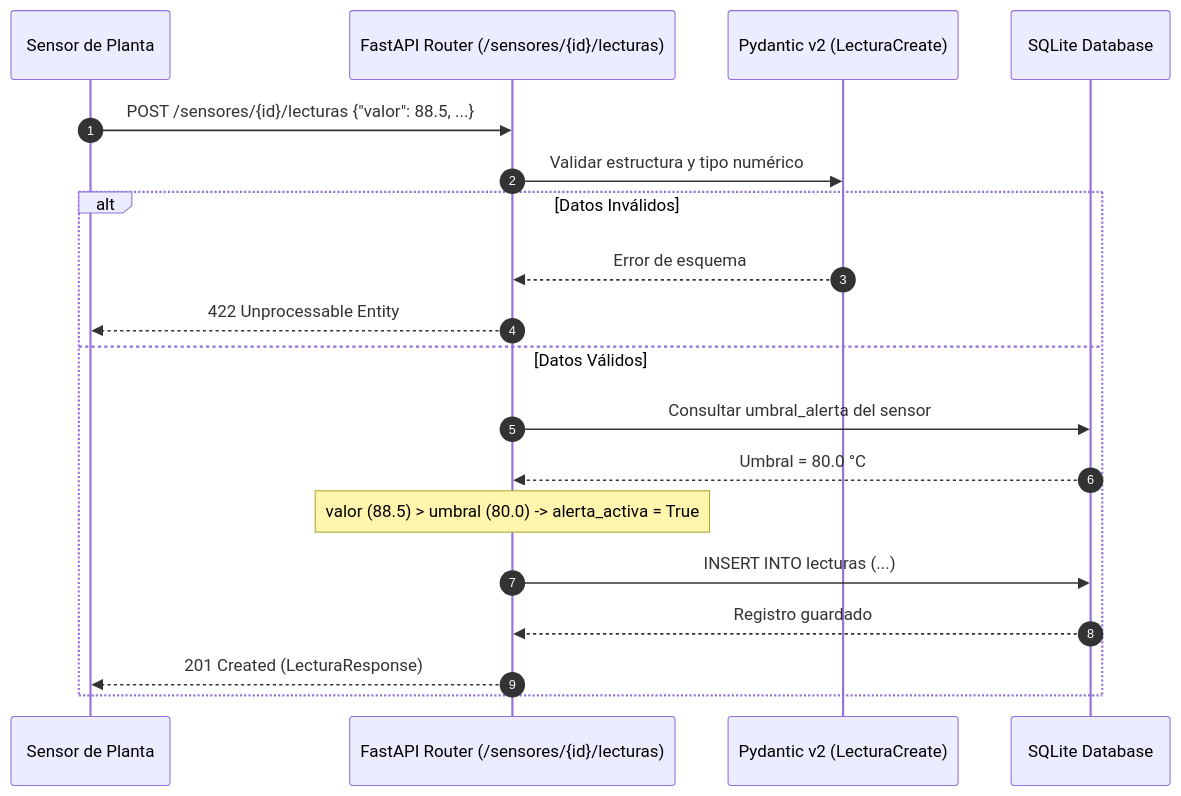
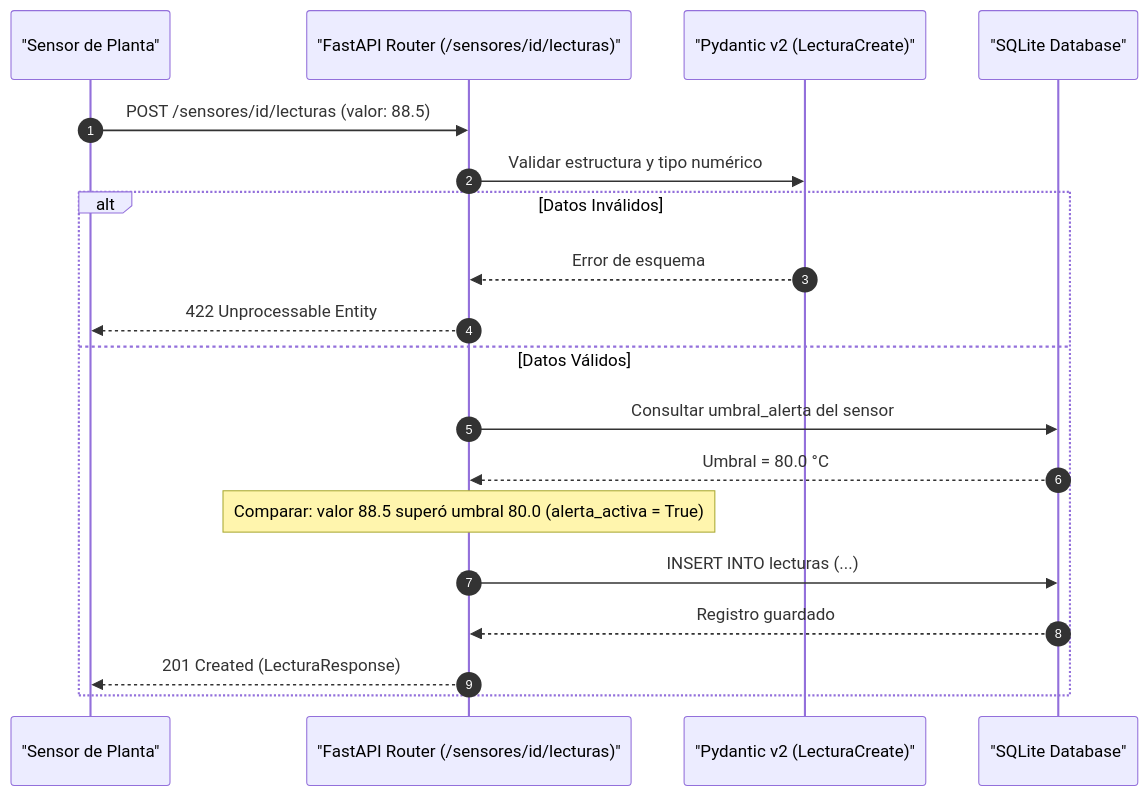
One commit to carlobeni/LPV2026-2 changed the second of 2 diagrams in proyecto_fastapi_pydantic/README.md. Above: the diagram before and after it, drawn with Mermaid. The commit also changed other lines of this file and 2 other files, not shown here.

Commit message:
fix(docs): fix Mermaid diagram syntax and add missing assets in semana-5 branch

````diff
--- a/proyecto_fastapi_pydantic/README.md
+++ b/proyecto_fastapi_pydantic/README.md
@@ -24,22 +24,22 @@
 ```mermaid
 sequenceDiagram
     autonumber
-    participant Sensor as Sensor de Planta
-    participant API as FastAPI Router (/sensores/{id}/lecturas)
-    participant Validator as Pydantic v2 (LecturaCreate)
-    participant DB as SQLite Database
+    participant Sensor as "Sensor de Planta"
+    participant API as "FastAPI Router (/sensores/id/lecturas)"
+    participant Validator as "Pydantic v2 (LecturaCreate)"
+    participant DB as "SQLite Database"
 
-    Sensor->>API: POST /sensores/{id}/lecturas {"valor": 88.5, ...}
+    Sensor->>API: POST /sensores/id/lecturas (valor: 88.5)
     API->>Validator: Validar estructura y tipo numérico
     alt Datos Inválidos
         Validator-->>API: Error de esquema
         API-->>Sensor: 422 Unprocessable Entity
     else Datos Válidos
         API->>DB: Consultar umbral_alerta del sensor
         DB-->>API: Umbral = 80.0 °C
-        Note over API: valor (88.5) > umbral (80.0) -> alerta_activa = True
+        Note over API: Comparar: valor 88.5 superó umbral 80.0 (alerta_activa = True)
         API->>DB: INSERT INTO lecturas (...)
         DB-->>API: Registro guardado
         API-->>Sensor: 201 Created (LecturaResponse)
     end
 ```
````
